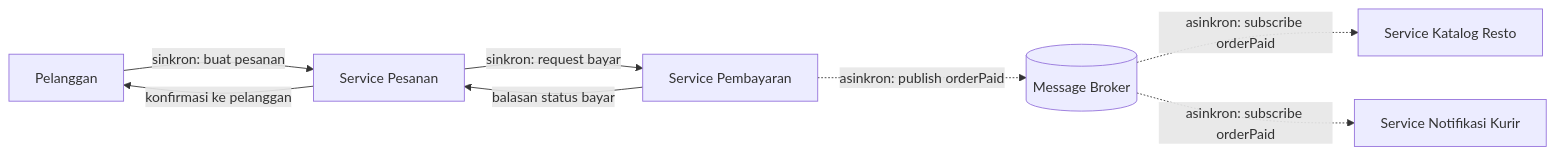
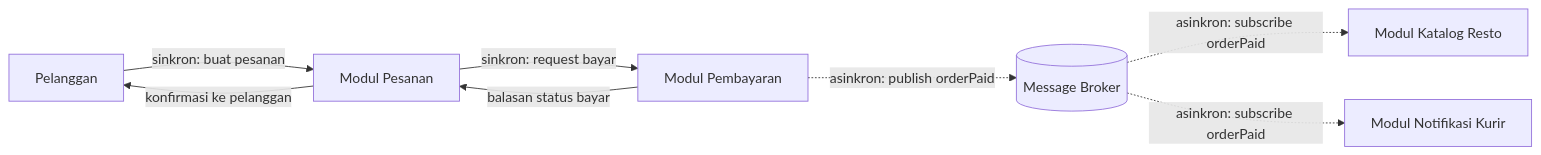
Before and after one commit to neeamaries/komputasi-awan-dan-terdistribusi: the diagram in tugas-02-perancangan-arsitektur/README.md, drawn with Mermaid. The commit also changed other lines of this file, not shown here.

Commit message:
Selesai Mengerjakan Tugas 2_Kelompok 5

````diff
--- a/tugas-02-perancangan-arsitektur/README.md
+++ b/tugas-02-perancangan-arsitektur/README.md
@@ -18,10 +18,10 @@
 ```mermaid
 graph LR
-  Pelanggan[Pelanggan] -->|sinkron: buat pesanan| Pesanan[Service Pesanan]
-  Pesanan -->|sinkron: request bayar| Pembayaran[Service Pembayaran]
+  Pelanggan[Pelanggan] -->|sinkron: buat pesanan| Pesanan[Modul Pesanan]
+  Pesanan -->|sinkron: request bayar| Pembayaran[Modul Pembayaran]
   Pembayaran -->|balasan status bayar| Pesanan
   Pembayaran -.->|asinkron: publish orderPaid| Broker[(Message Broker)]
-  Broker -.->|asinkron: subscribe orderPaid| Katalog[Service Katalog Resto]
-  Broker -.->|asinkron: subscribe orderPaid| Notifikasi[Service Notifikasi Kurir]
+  Broker -.->|asinkron: subscribe orderPaid| Katalog[Modul Katalog Resto]
+  Broker -.->|asinkron: subscribe orderPaid| Notifikasi[Modul Notifikasi Kurir]
   Pesanan -->|konfirmasi ke pelanggan| Pelanggan
 ```
````
